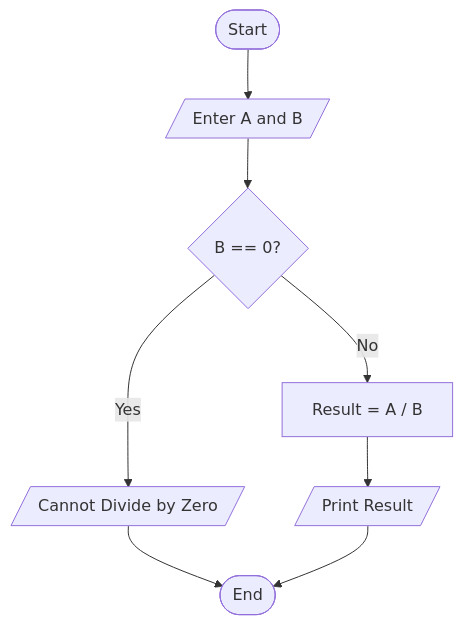
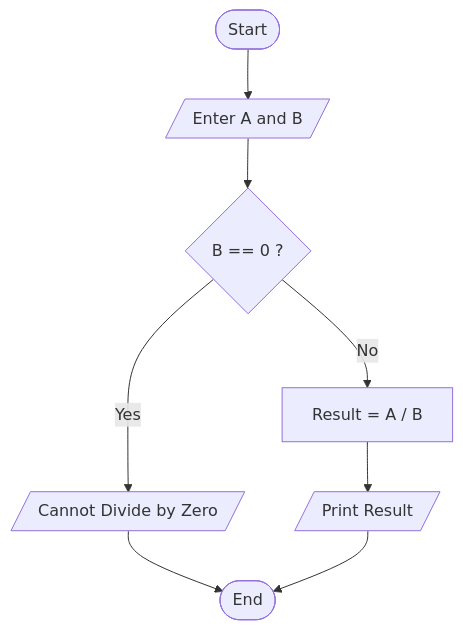
Before and after one commit to cwa-web/BasicPythonPrograms: the fourth of 20 diagrams in README.md, drawn with Mermaid. The commit also changed other lines of this file, not shown here.

First line of the commit message:
Refactor flow diagrams to use Mermaid syntax

````diff
--- a/README.md
+++ b/README.md
@@ -159,10 +171,10 @@
   ```mermaid
   flowchart TD
       A([Start]) --> B[/Enter A and B/]
-      B --> C{B == 0?}
+      B --> C{"B == 0 ?"}
       C -- Yes --> D[/Cannot Divide by Zero/]
-      C -- No --> E[Result = A / B]
+      C -- No --> E["Result = A / B"]
       E --> F[/Print Result/]
       D --> G([End])
       F --> G
   ```
````
